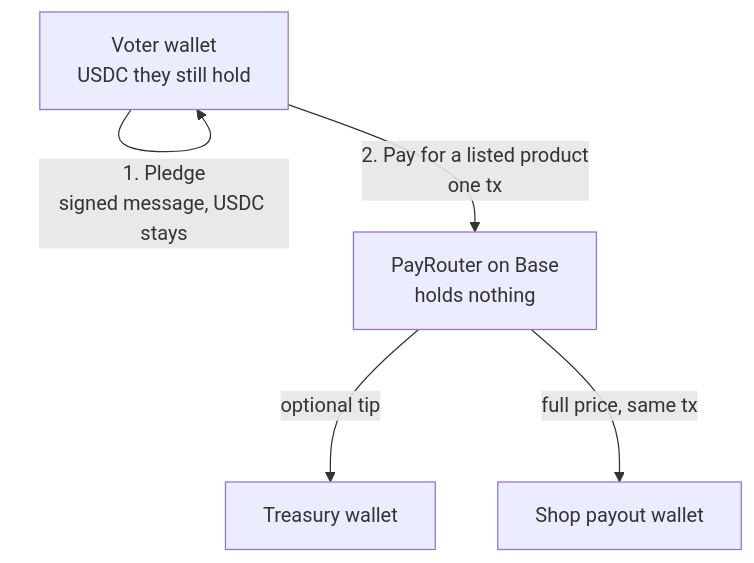
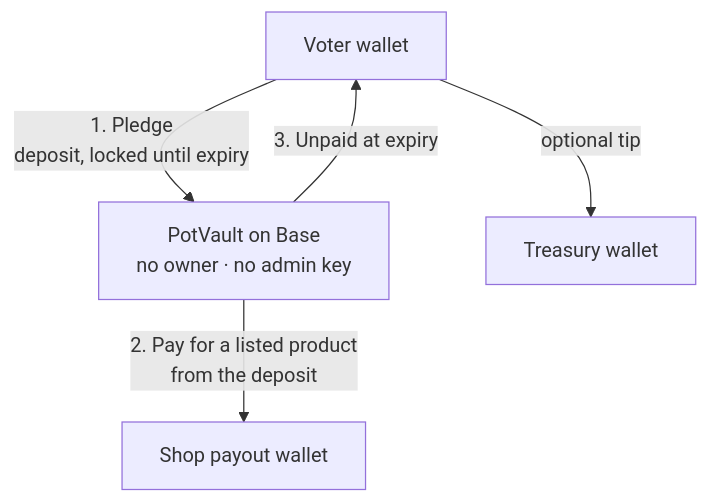
One commit to isaacy13/votemap.net changed the third of 3 diagrams in spec/flows.md. Above: the diagram before and after it, drawn with Mermaid. The commit also changed other lines of this file and 12 other files, not shown here.

First line of the commit message:
spec: pledgers front the money in an immutable PotVault

````diff
--- a/spec/flows.md
+++ b/spec/flows.md
@@ -177,12 +178,12 @@
 ```mermaid
 flowchart TB
-  VW["Voter wallet<br/>USDC they still hold"]
-  R["PayRouter on Base<br/>holds nothing"]
+  VW["Voter wallet"]
+  V["PotVault on Base<br/>no owner · no admin key"]
   TR["Treasury wallet"]
   SH["Shop payout wallet"]
 
-  VW -->|"1. Pledge<br/>signed message, USDC stays"| VW
-  VW -->|"2. Pay for a listed product<br/>one tx"| R
-  R -->|"optional tip"| TR
-  R -->|"full price, same tx"| SH
+  VW -->|"1. Pledge<br/>deposit, locked until expiry"| V
+  V -->|"2. Pay for a listed product<br/>from the deposit"| SH
+  VW -->|"optional tip"| TR
+  V -->|"3. Unpaid at expiry"| VW
 ```
````
